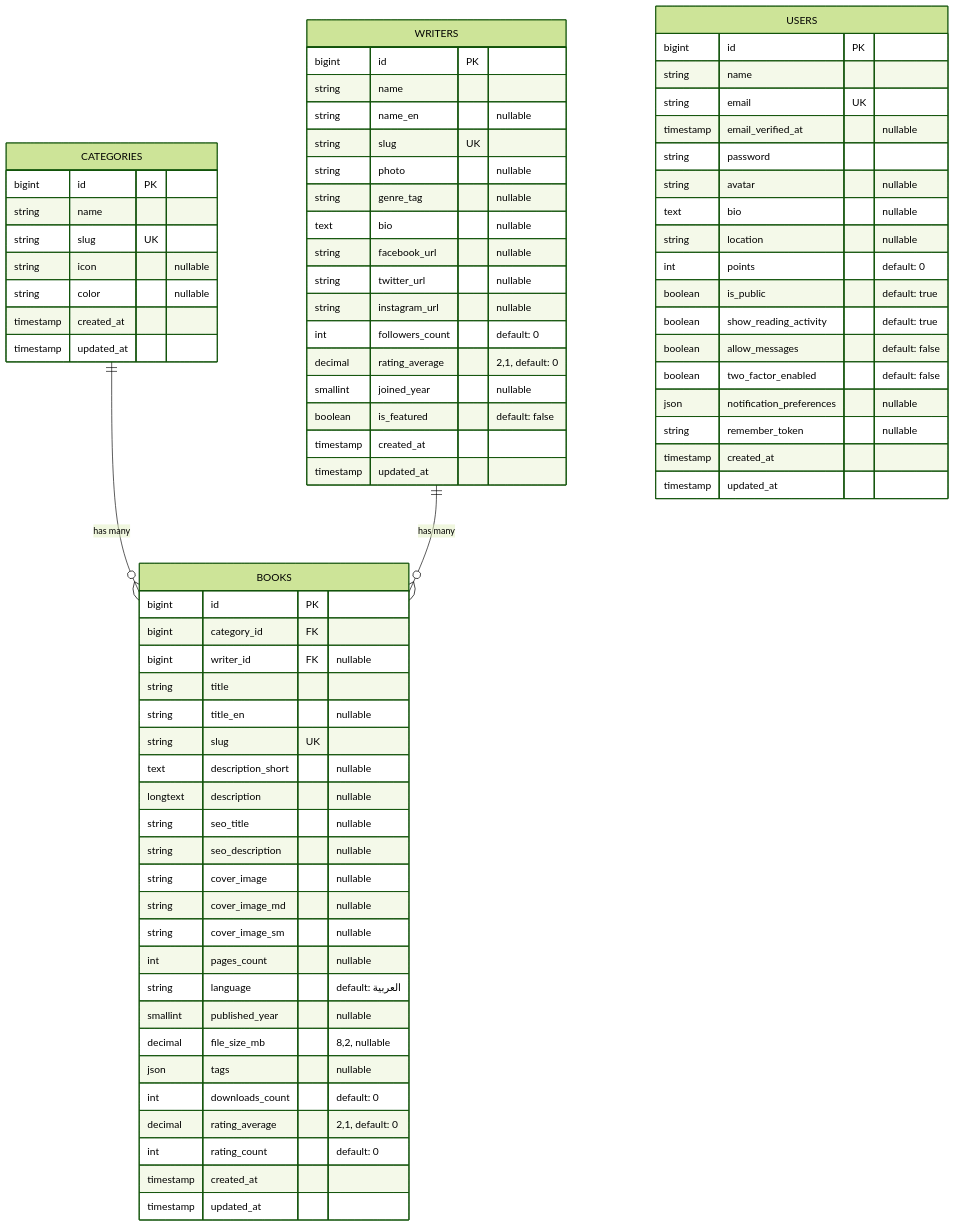
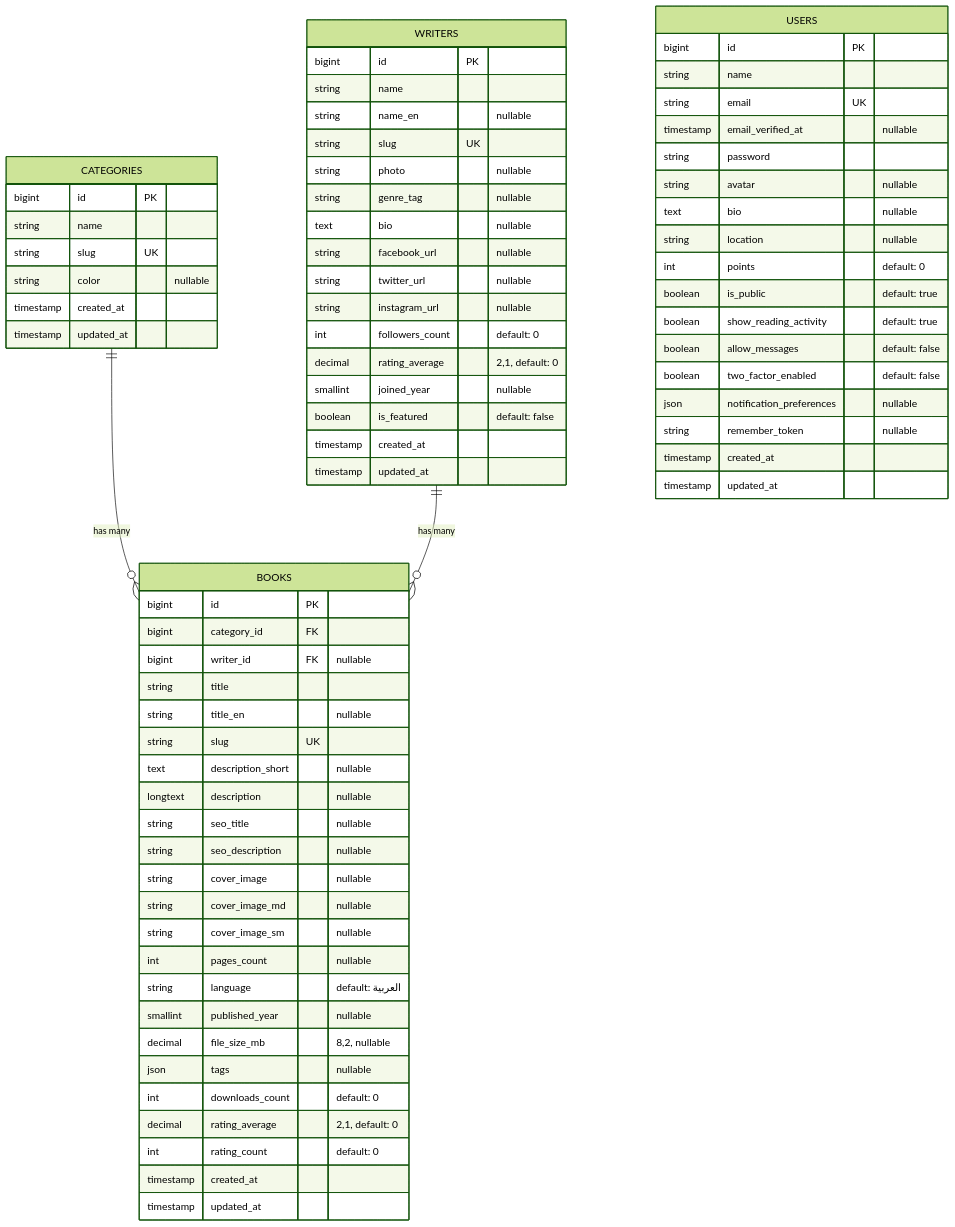
The diagram in DATABASE.md (hamdaouiwassim/nootabooks-reader), drawn with Mermaid (forest theme) before and after one commit. The commit also changed other lines of this file and 14 other files, not shown here.

````diff
--- a/DATABASE.md
+++ b/DATABASE.md
@@ -7,80 +7,79 @@
 ```mermaid
 erDiagram
     CATEGORIES ||--o{ BOOKS : "has many"
     WRITERS ||--o{ BOOKS : "has many"
 
     CATEGORIES {
         bigint id PK
         string name
         string slug UK
-        string icon "nullable"
         string color "nullable"
         timestamp created_at
         timestamp updated_at
     }
 
     WRITERS {
         bigint id PK
         string name
         string name_en "nullable"
         string slug UK
         string photo "nullable"
         string genre_tag "nullable"
         text bio "nullable"
         string facebook_url "nullable"
         string twitter_url "nullable"
         string instagram_url "nullable"
         int followers_count "default: 0"
         decimal rating_average "2,1, default: 0"
         smallint joined_year "nullable"
         boolean is_featured "default: false"
         timestamp created_at
         timestamp updated_at
     }
 
     BOOKS {
         bigint id PK
         bigint category_id FK
         bigint writer_id FK "nullable"
         string title
         string title_en "nullable"
         string slug UK
         text description_short "nullable"
         longtext description "nullable"
         string seo_title "nullable"
         string seo_description "nullable"
         string cover_image "nullable"
         string cover_image_md "nullable"
         string cover_image_sm "nullable"
         int pages_count "nullable"
         string language "default: العربية"
         smallint published_year "nullable"
         decimal file_size_mb "8,2, nullable"
         json tags "nullable"
         int downloads_count "default: 0"
         decimal rating_average "2,1, default: 0"
         int rating_count "default: 0"
         timestamp created_at
         timestamp updated_at
     }
 
     USERS {
         bigint id PK
         string name
         string email UK
         timestamp email_verified_at "nullable"
         string password
         string avatar "nullable"
         text bio "nullable"
         string location "nullable"
         int points "default: 0"
         boolean is_public "default: true"
         boolean show_reading_activity "default: true"
         boolean allow_messages "default: false"
         boolean two_factor_enabled "default: false"
         json notification_preferences "nullable"
         string remember_token "nullable"
         timestamp created_at
         timestamp updated_at
     }
 ```
````
